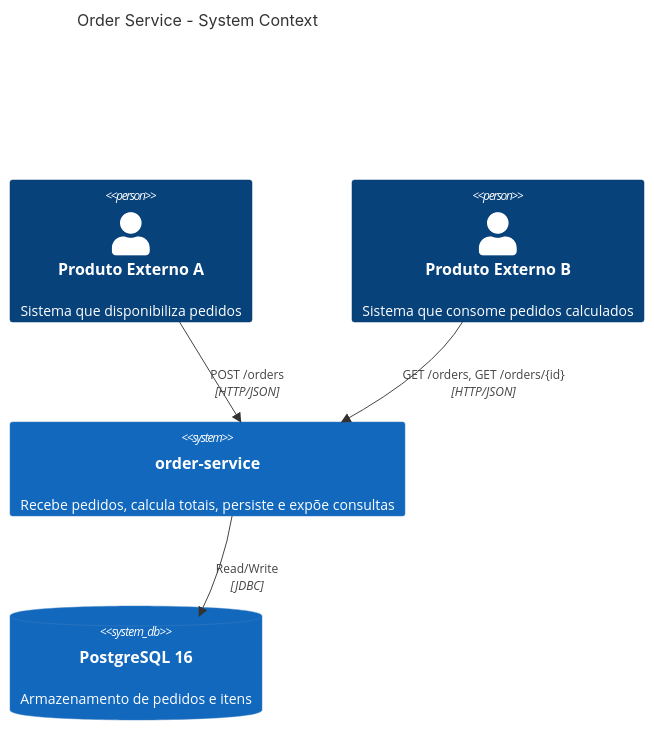
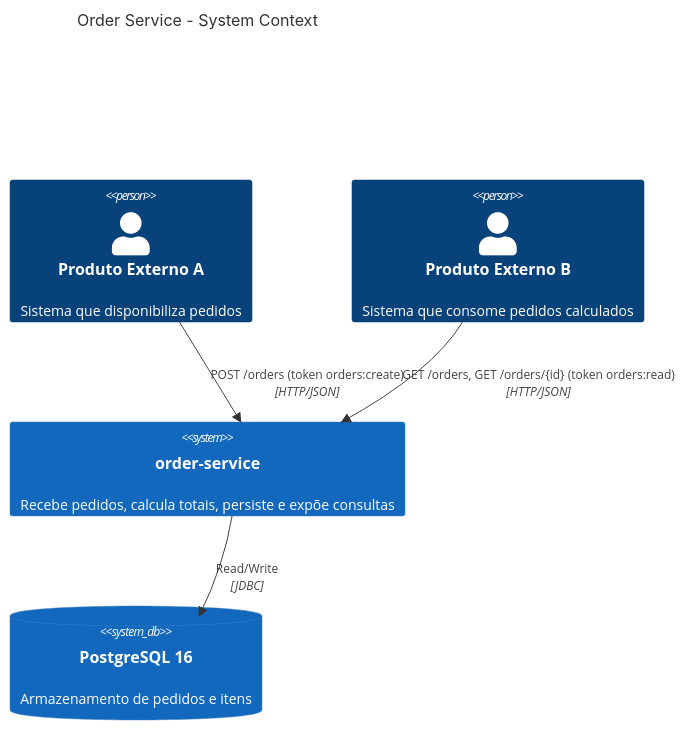
Before and after one commit to ricartefelipe/order-service: the first of 3 diagrams in docs/architecture.md, drawn with Mermaid. The commit also changed other lines of this file and 8 other files, not shown here.

````diff
--- a/docs/architecture.md
+++ b/docs/architecture.md
@@ -7,14 +7,14 @@
 ```mermaid
 C4Context
   title Order Service - System Context
 
   Person(extA, "Produto Externo A", "Sistema que disponibiliza pedidos")
   Person(extB, "Produto Externo B", "Sistema que consome pedidos calculados")
 
   System(orderSvc, "order-service", "Recebe pedidos, calcula totais, persiste e expõe consultas")
   SystemDb(postgres, "PostgreSQL 16", "Armazenamento de pedidos e itens")
 
-  Rel(extA, orderSvc, "POST /orders", "HTTP/JSON")
-  Rel(extB, orderSvc, "GET /orders, GET /orders/{id}", "HTTP/JSON")
+  Rel(extA, orderSvc, "POST /orders (token orders:create)", "HTTP/JSON")
+  Rel(extB, orderSvc, "GET /orders, GET /orders/{id} (token orders:read)", "HTTP/JSON")
   Rel(orderSvc, postgres, "Read/Write", "JDBC")
 ```
````
